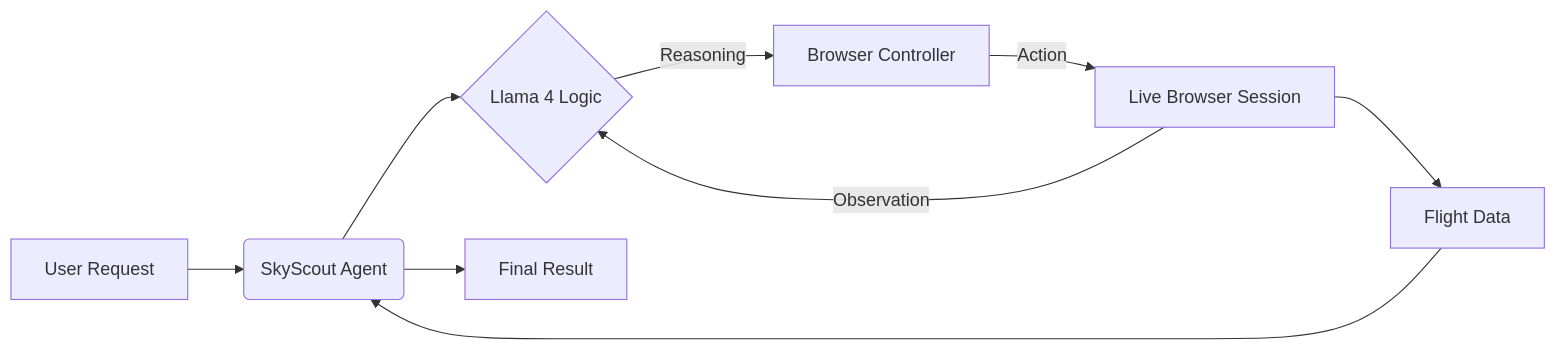
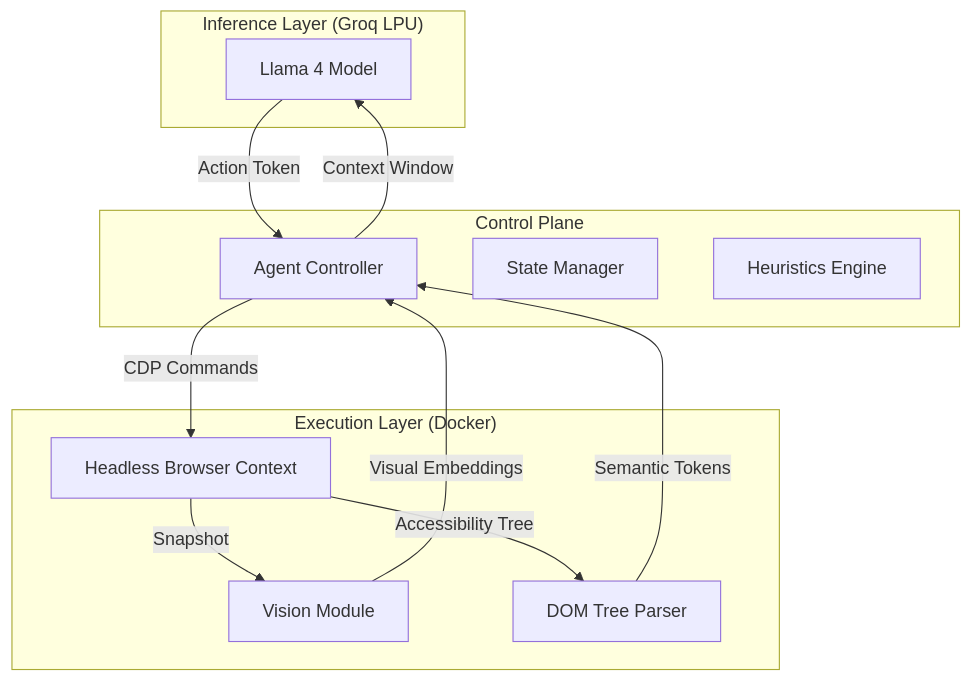
Before and after one commit to Ranga-Prasath-22/SkyScout-AI: the diagram in README.md, drawn with Mermaid. The commit also changed other lines of this file, not shown here.

Commit message:
Docs: Rebrand to Flight-CUA-Engine with technical architecture

````diff
--- a/README.md
+++ b/README.md
@@ -64,11 +19,26 @@
 ```mermaid
-graph LR
-    A[User Request] --> B(SkyScout Agent)
-    B --> C{Llama 4 Logic}
-    C -->|Reasoning| D[Browser Controller]
-    D -->|Action| E[Live Browser Session]
-    E -->|Observation| C
-    E --> F[Flight Data]
-    F --> B
-    B --> G[Final Result]
+graph TD
+    subgraph "Inference Layer (Groq LPU)"
+        L[Llama 4 Model]
+    end
+
+    subgraph "Execution Layer (Docker)"
+        B[Headless Browser Context]
+        VM[Vision Module]
+        DOM[DOM Tree Parser]
+    end
+
+    subgraph "Control Plane"
+        C[Agent Controller]
+        S[State Manager]
+        H[Heuristics Engine]
+    end
+
+    B -->|Snapshot| VM
+    B -->|Accessibility Tree| DOM
+    VM -->|Visual Embeddings| C
+    DOM -->|Semantic Tokens| C
+    C -->|Context Window| L
+    L -->|Action Token| C
+    C -->|CDP Commands| B
 ```
````
